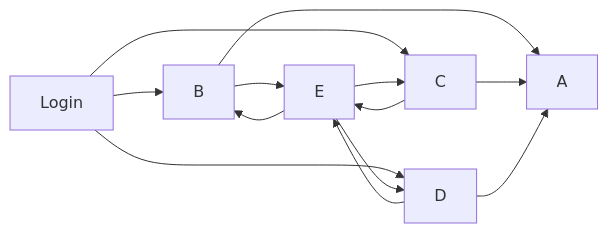
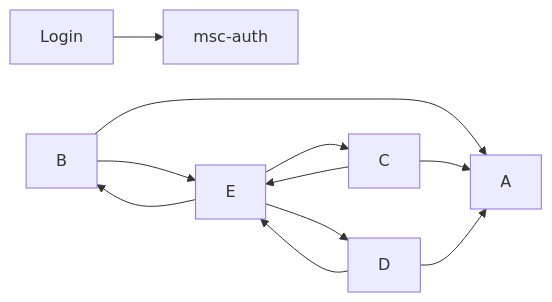
One commit to sramire3000/documentacion changed the diagram in git/command.md. Above: the diagram before and after it, drawn with Mermaid.

Commit message:
Update mermaid graph in command documentation

````diff
--- a/git/command.md
+++ b/git/command.md
@@ -263,9 +263,9 @@
 ```mermaid
 graph LR;
-    Login--> B & C & D
+    Login--> msc-auth 
     B--> A & E
     C--> A & E
     D--> A & E
     E--> B & C & D
 
 ```
````
